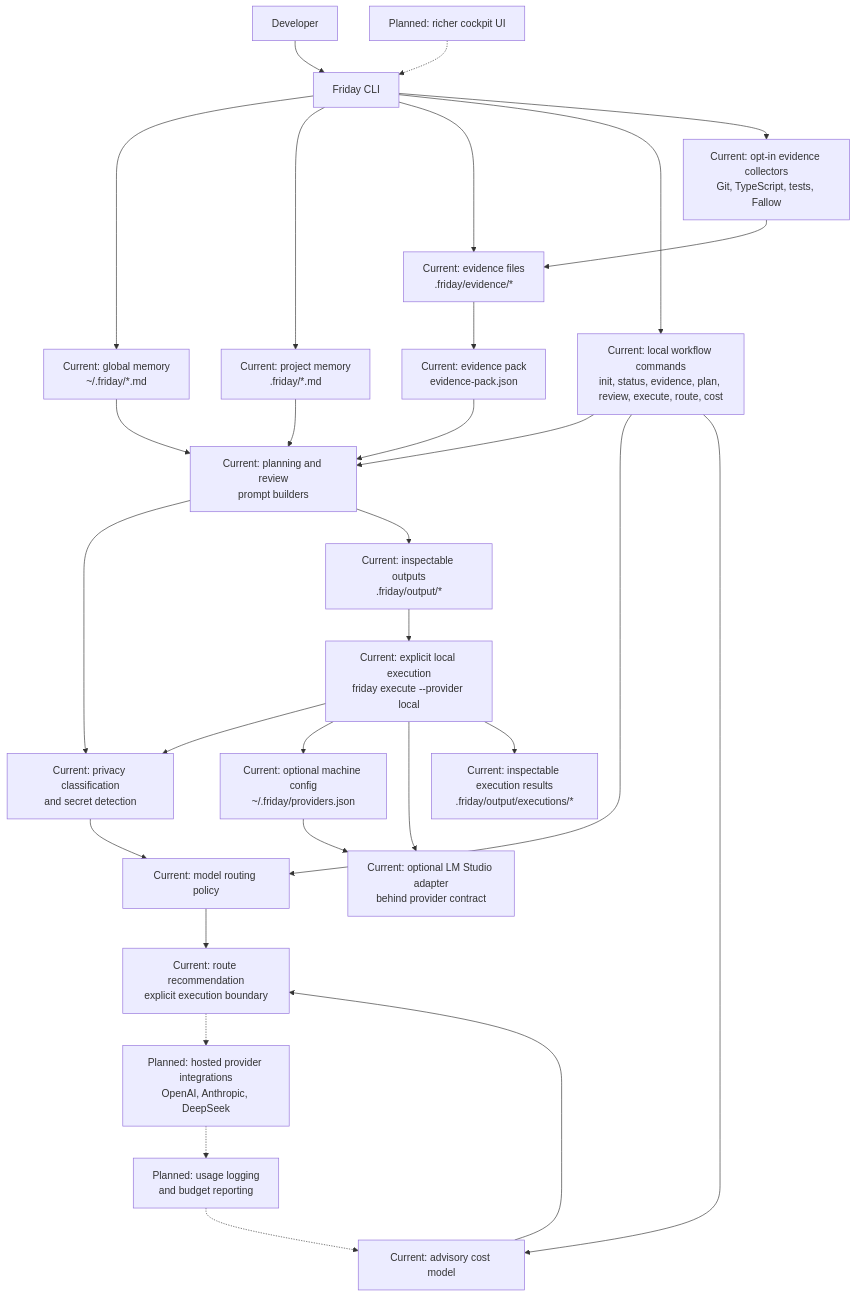
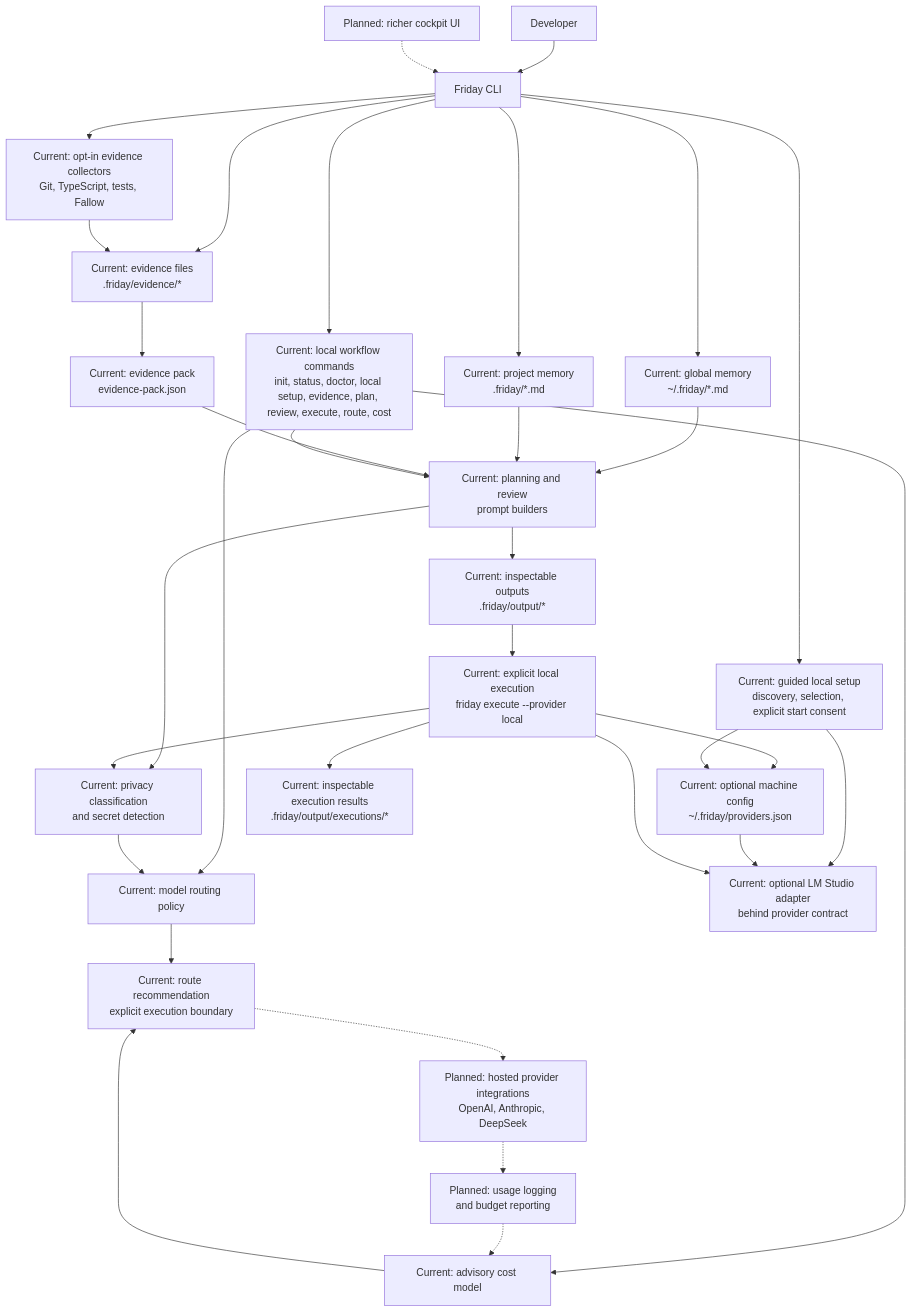
Before and after one commit to MikeBlakeway/friday: the diagram in docs/architecture.md, drawn with Mermaid. The commit also changed other lines of this file and 12 other files, not shown here.

Commit message:
feat(FRI-045): add guided local model setup

````diff
--- a/docs/architecture.md
+++ b/docs/architecture.md
@@ -13,37 +13,40 @@
 ```mermaid
 flowchart TD
   Developer[Developer] --> CLI[Friday CLI]
 
   CLI --> CurrentGlobalMemory[Current: global memory<br/>~/.friday/*.md]
   CLI --> CurrentProjectMemory[Current: project memory<br/>.friday/*.md]
   CLI --> CurrentEvidence[Current: evidence files<br/>.friday/evidence/*]
-  CLI --> CurrentCommands[Current: local workflow commands<br/>init, status, evidence, plan, review, execute, route, cost]
+  CLI --> CurrentCommands[Current: local workflow commands<br/>init, status, doctor, local setup, evidence, plan, review, execute, route, cost]
 
   CurrentGlobalMemory --> PromptBuilders[Current: planning and review<br/>prompt builders]
   CurrentProjectMemory --> PromptBuilders
   CurrentEvidence --> EvidencePack[Current: evidence pack<br/>evidence-pack.json]
   EvidencePack --> PromptBuilders
   CurrentCommands --> PromptBuilders
 
   PromptBuilders --> PrivacySafety[Current: privacy classification<br/>and secret detection]
   CurrentCommands --> RoutePolicy[Current: model routing policy]
   CurrentCommands --> CostModel[Current: advisory cost model]
 
   PrivacySafety --> RoutePolicy
   RoutePolicy --> Recommendation[Current: route recommendation<br/>explicit execution boundary]
   CostModel --> Recommendation
   PromptBuilders --> LocalOutputs[Current: inspectable outputs<br/>.friday/output/*]
   LocalOutputs --> ExecuteBoundary[Current: explicit local execution<br/>friday execute --provider local]
   ExecuteBoundary --> PrivacySafety
   ExecuteBoundary --> GlobalProviderConfig[Current: optional machine config<br/>~/.friday/providers.json]
+  CLI --> GuidedSetup[Current: guided local setup<br/>discovery, selection, explicit start consent]
+  GuidedSetup --> GlobalProviderConfig
+  GuidedSetup --> CurrentLocalProvider
   GlobalProviderConfig --> CurrentLocalProvider
   ExecuteBoundary --> CurrentLocalProvider[Current: optional LM Studio adapter<br/>behind provider contract]
   ExecuteBoundary --> ExecutionOutputs[Current: inspectable execution results<br/>.friday/output/executions/*]
 
   CLI --> CurrentCollectors[Current: opt-in evidence collectors<br/>Git, TypeScript, tests, Fallow]
   CurrentCollectors --> CurrentEvidence
   Recommendation -.-> PlannedProviders[Planned: hosted provider integrations<br/>OpenAI, Anthropic, DeepSeek]
   PlannedProviders -.-> PlannedUsage[Planned: usage logging<br/>and budget reporting]
   PlannedUsage -.-> CostModel
   PlannedCockpit[Planned: richer cockpit UI] -.-> CLI
 ```
````
